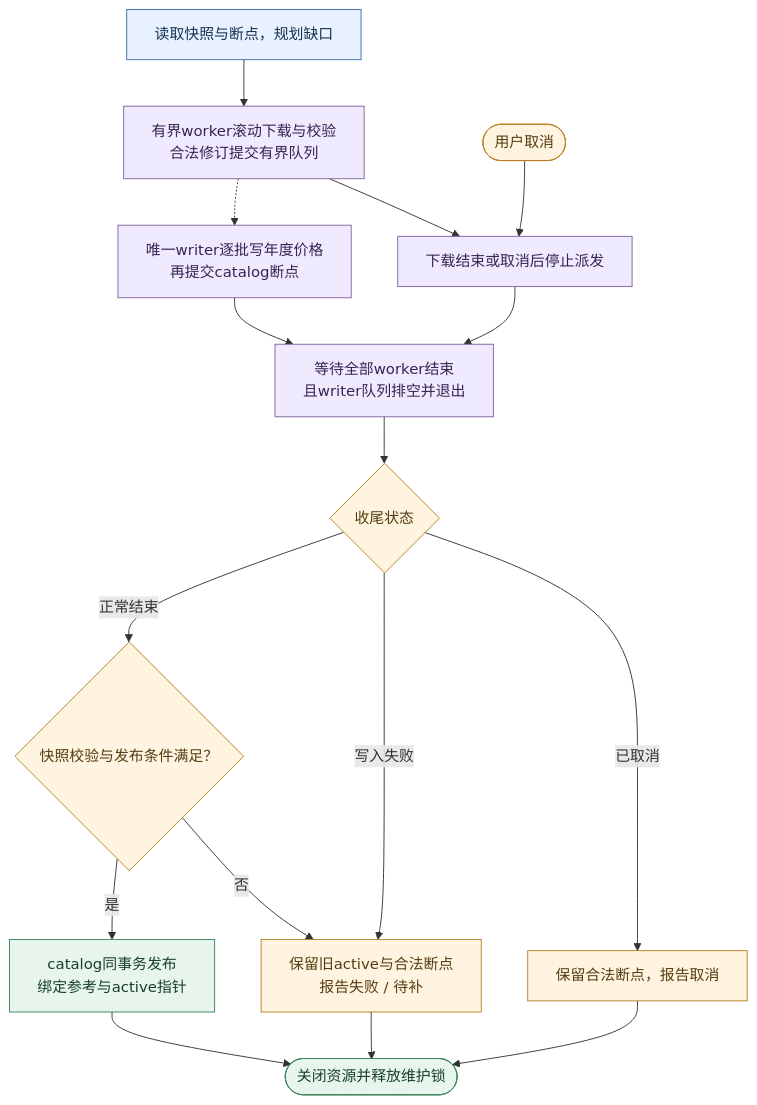
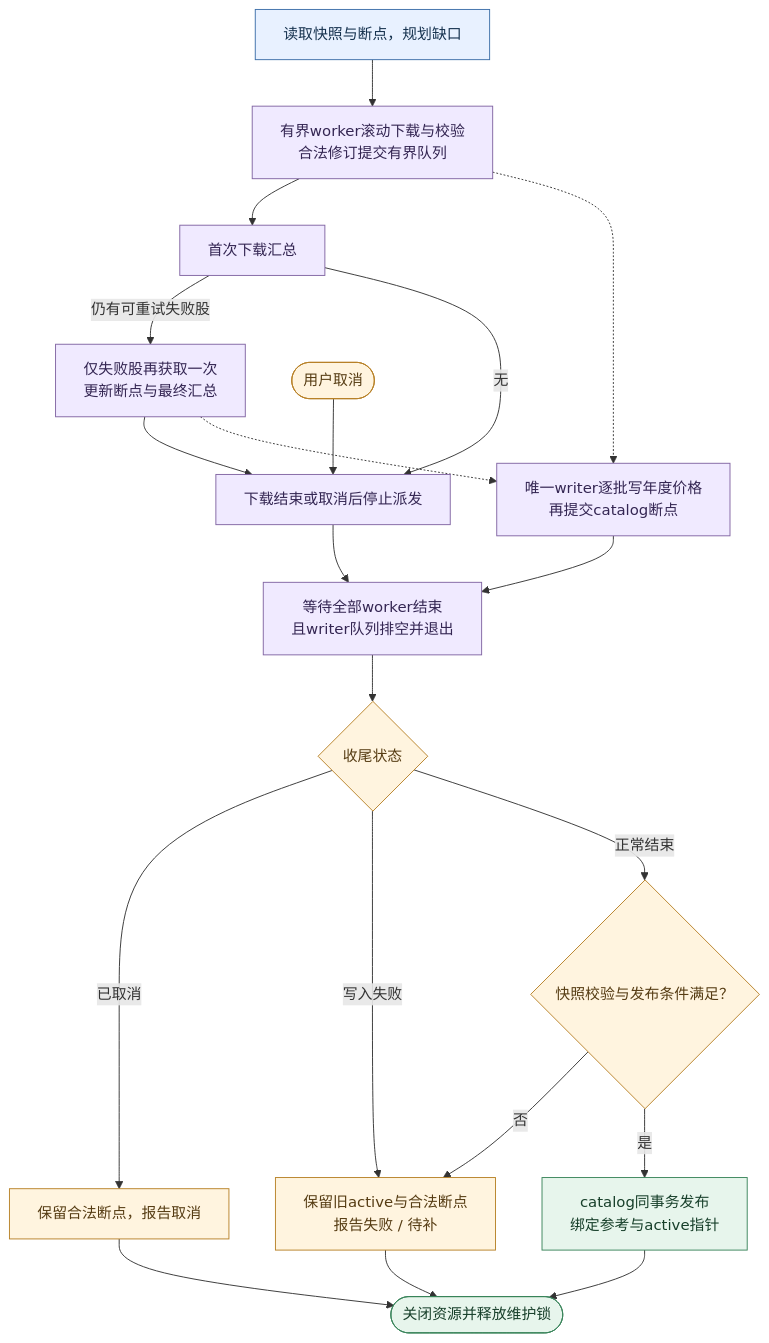
Before and after one commit to 373699756/trader: the third of 4 diagrams in docs/4_下载训练.md, drawn with Mermaid. The commit also changed other lines of this file and 8 other files, not shown here.

````diff
--- a/docs/4_下载训练.md
+++ b/docs/4_下载训练.md
@@ -301,26 +302,30 @@
 ```mermaid
 flowchart TD
     Plan["读取快照与断点，规划缺口"] --> Work["有界worker滚动下载与校验<br/>合法修订提交有界队列"]
-    Work --> Stop["下载结束或取消后停止派发"]
+    Work --> Summary["首次下载汇总"]
+    Summary -->|仍有可重试失败股| Retry["仅失败股再获取一次<br/>更新断点与最终汇总"]
+    Summary -->|无| Stop["下载结束或取消后停止派发"]
+    Retry --> Stop
     Cancel(["用户取消"]) --> Stop
     Work -.-> Writer["唯一writer逐批写年度价格<br/>再提交catalog断点"]
+    Retry -.-> Writer
     Stop --> Join["等待全部worker结束<br/>且writer队列排空并退出"]
     Writer --> Join
     Join --> State{"收尾状态"}
     State -->|已取消| Cancelled["保留合法断点，报告取消"]
     State -->|写入失败| Pending["保留旧active与合法断点<br/>报告失败 / 待补"]
     State -->|正常结束| Verify{"快照校验与发布条件满足？"}
     Verify -->|否| Pending
     Verify -->|是| Publish["catalog同事务发布<br/>绑定参考与active指针"]
     Publish --> Exit(["关闭资源并释放维护锁"])
     Pending --> Exit
     Cancelled --> Exit
     classDef input fill:#e8f1ff,stroke:#3b6ea8,color:#16324f;
     classDef work fill:#f0eaff,stroke:#8064a2,color:#342653;
     classDef result fill:#e7f5ec,stroke:#39845a,color:#173f2a;
     classDef gate fill:#fff4df,stroke:#b78126,color:#563c13;
     class Plan input;
-    class Work,Writer,Stop,Join work;
+    class Work,Summary,Retry,Writer,Stop,Join work;
     class Publish,Exit result;
     class State,Verify,Pending,Cancel,Cancelled gate;
 ```
````
